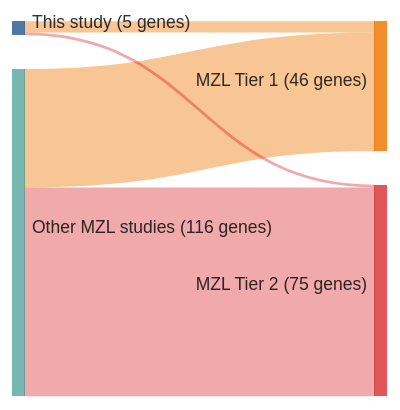
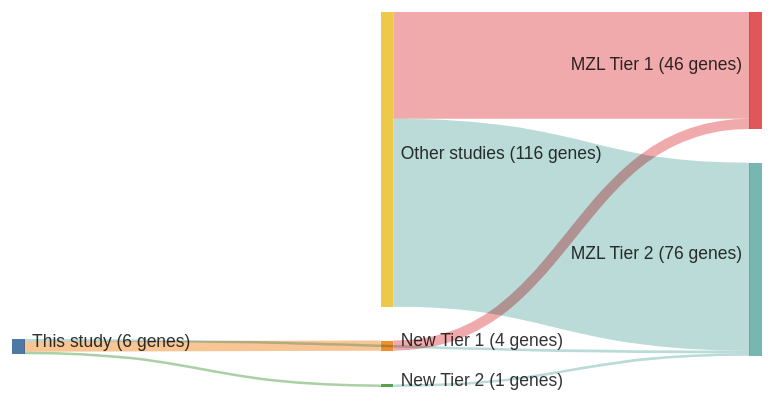
The diagram in papers/rossiAlterationBIRC3Multiple2011a.md (morinlab/lymphopedia), drawn with Mermaid before and after one commit. The commit also changed 82 other files, not shown here.

````diff
--- a/papers/rossiAlterationBIRC3Multiple2011a.md
+++ b/papers/rossiAlterationBIRC3Multiple2011a.md
@@ -12,18 +12,21 @@
 ```mermaid
 ---
 config:
     sankey:
         showValues: true
         linkColor: target
-        width: 300
+        width: 600
         height: 300
         nodeAlignment: right
         prefix: '('
         suffix: ' genes)'
 ---
 sankey-beta
-This study, MZL Tier 1, 4
+This study, New Tier 1, 4
+New Tier 1, MZL Tier 1, 4
 This study, MZL Tier 2, 1
-Other MZL studies, MZL Tier 1, 42
-Other MZL studies, MZL Tier 2, 74
+This study, New Tier 2, 1
+New Tier 2, MZL Tier 2, 1
+Other studies, MZL Tier 1, 42
+Other studies, MZL Tier 2, 74
 ```
````
